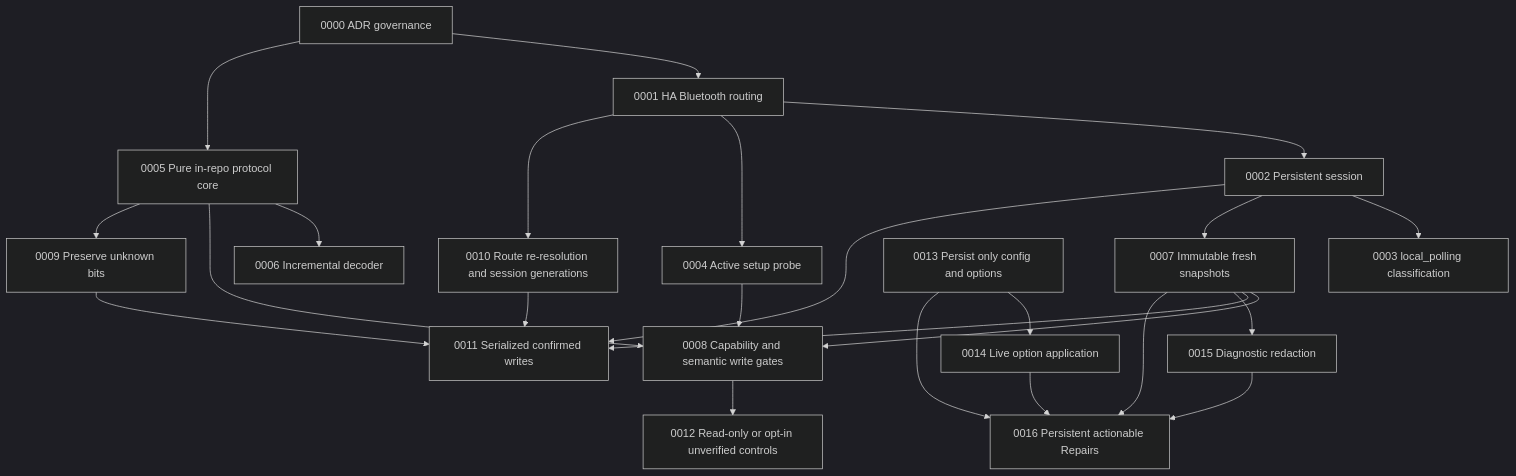
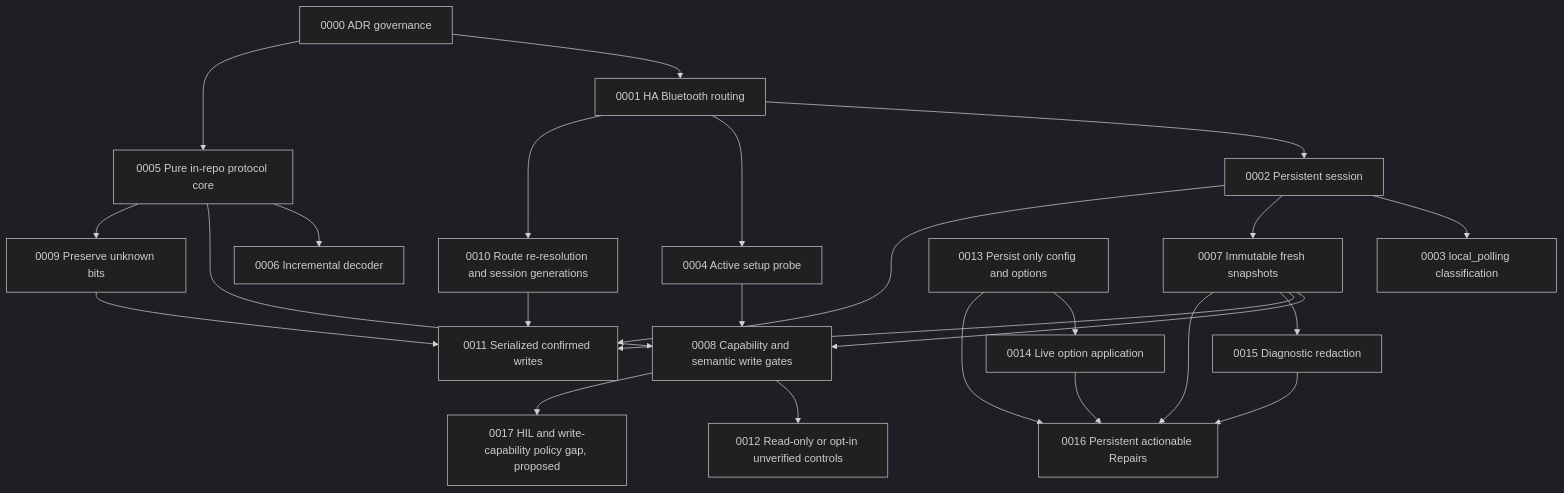
Before and after one commit to dedalodaelus/home-assistant-allpowers-ble: the diagram in docs/architecture/decisions/README.md, drawn with Mermaid (dark theme). The commit also changed other lines of this file and 7 other files, not shown here.

Commit message:
docs: reconcile profile and HIL policy claims

````diff
--- a/docs/architecture/decisions/README.md
+++ b/docs/architecture/decisions/README.md
@@ -38,44 +39,46 @@
 ```mermaid
 flowchart TB
     A0[0000 ADR governance]
     A1[0001 HA Bluetooth routing]
     A2[0002 Persistent session]
     A3[0003 local_polling classification]
     A4[0004 Active setup probe]
     A5[0005 Pure in-repo protocol core]
     A6[0006 Incremental decoder]
     A7[0007 Immutable fresh snapshots]
     A8[0008 Capability and semantic write gates]
     A9[0009 Preserve unknown bits]
     A10[0010 Route re-resolution and session generations]
     A11[0011 Serialized confirmed writes]
     A12[0012 Read-only or opt-in unverified controls]
     A13[0013 Persist only config and options]
     A14[0014 Live option application]
     A15[0015 Diagnostic redaction]
     A16[0016 Persistent actionable Repairs]
+    A17[0017 HIL and write-capability policy gap, proposed]
 
     A0 --> A1
     A0 --> A5
     A1 --> A2
     A1 --> A4
     A1 --> A10
     A2 --> A3
     A2 --> A7
     A2 --> A11
     A4 --> A8
     A5 --> A6
     A5 --> A8
     A5 --> A9
     A7 --> A8
     A7 --> A11
     A8 --> A12
     A9 --> A11
     A10 --> A11
     A13 --> A14
     A7 --> A15
     A7 --> A16
     A13 --> A16
     A14 --> A16
     A15 --> A16
+    A8 --> A17
 ```
````
